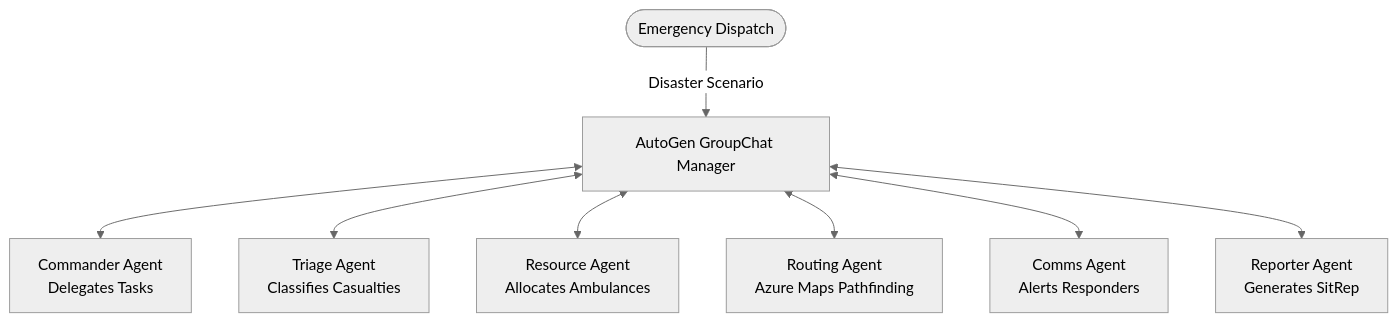
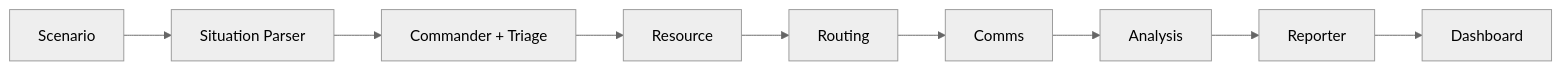
One commit to pritpatel2412/Mircosoft-crisisswarm changed the diagram in README.md. Above: the diagram before and after it, drawn with Mermaid (neutral theme). The commit also changed other lines of this file and 18 other files, not shown here.

````diff
--- a/README.md
+++ b/README.md
@@ -11,10 +20,11 @@
 ```mermaid
-graph TD
-    User([Emergency Dispatch]) -->|Disaster Scenario| GC[AutoGen GroupChat Manager]
-    GC <--> Planner[Commander Agent\nDelegates Tasks]
-    GC <--> Triage[Triage Agent\nClassifies Casualties]
-    GC <--> Resource[Resource Agent\nAllocates Ambulances]
-    GC <--> Router[Routing Agent\nAzure Maps Pathfinding]
-    GC <--> Comms[Comms Agent\nAlerts Responders]
-    GC <--> Reporter[Reporter Agent\nGenerates SitRep]
+flowchart LR
+    A[Scenario] --> B[Situation Parser]
+    B --> C[Commander + Triage]
+    C --> D[Resource]
+    D --> E[Routing]
+    E --> F[Comms]
+    F --> G[Analysis]
+    G --> H[Reporter]
+    H --> I[Dashboard]
 ```
````
